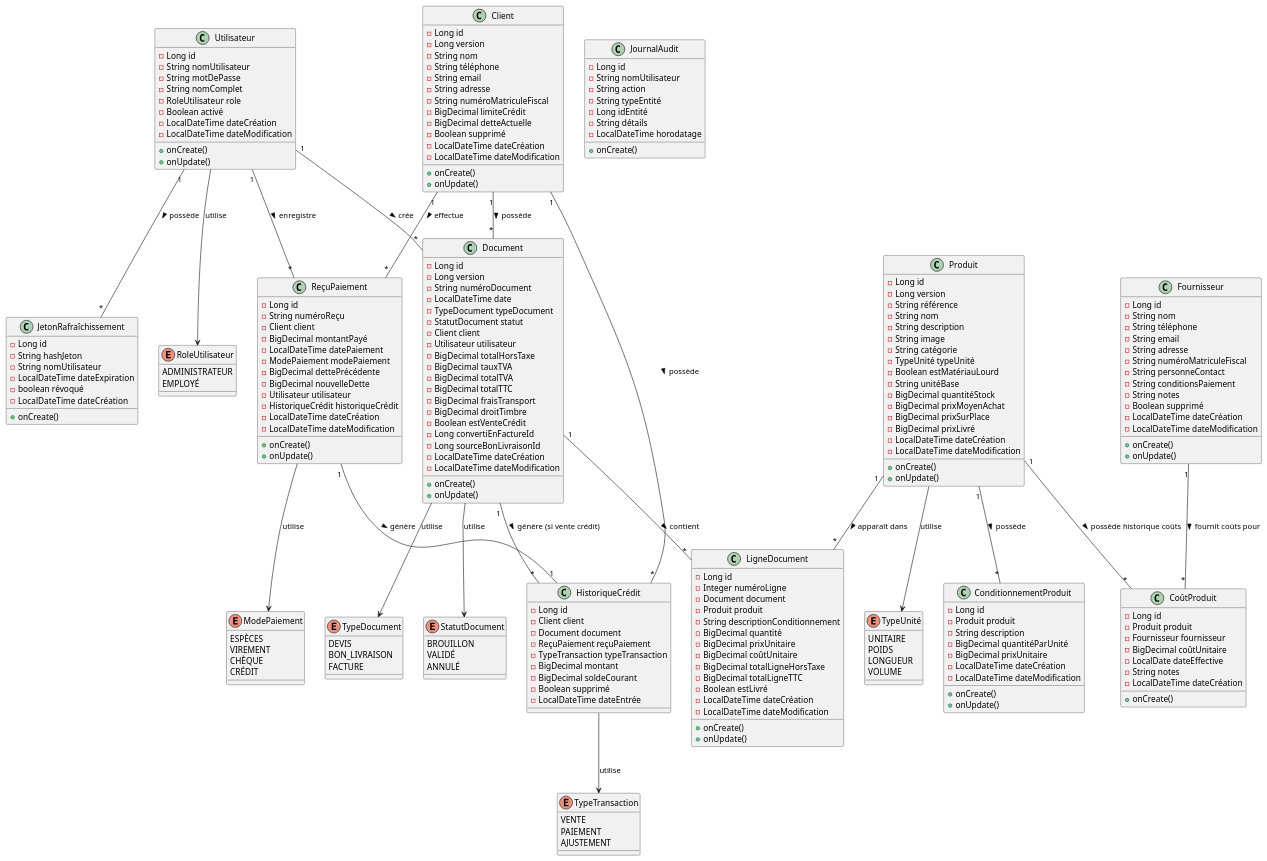
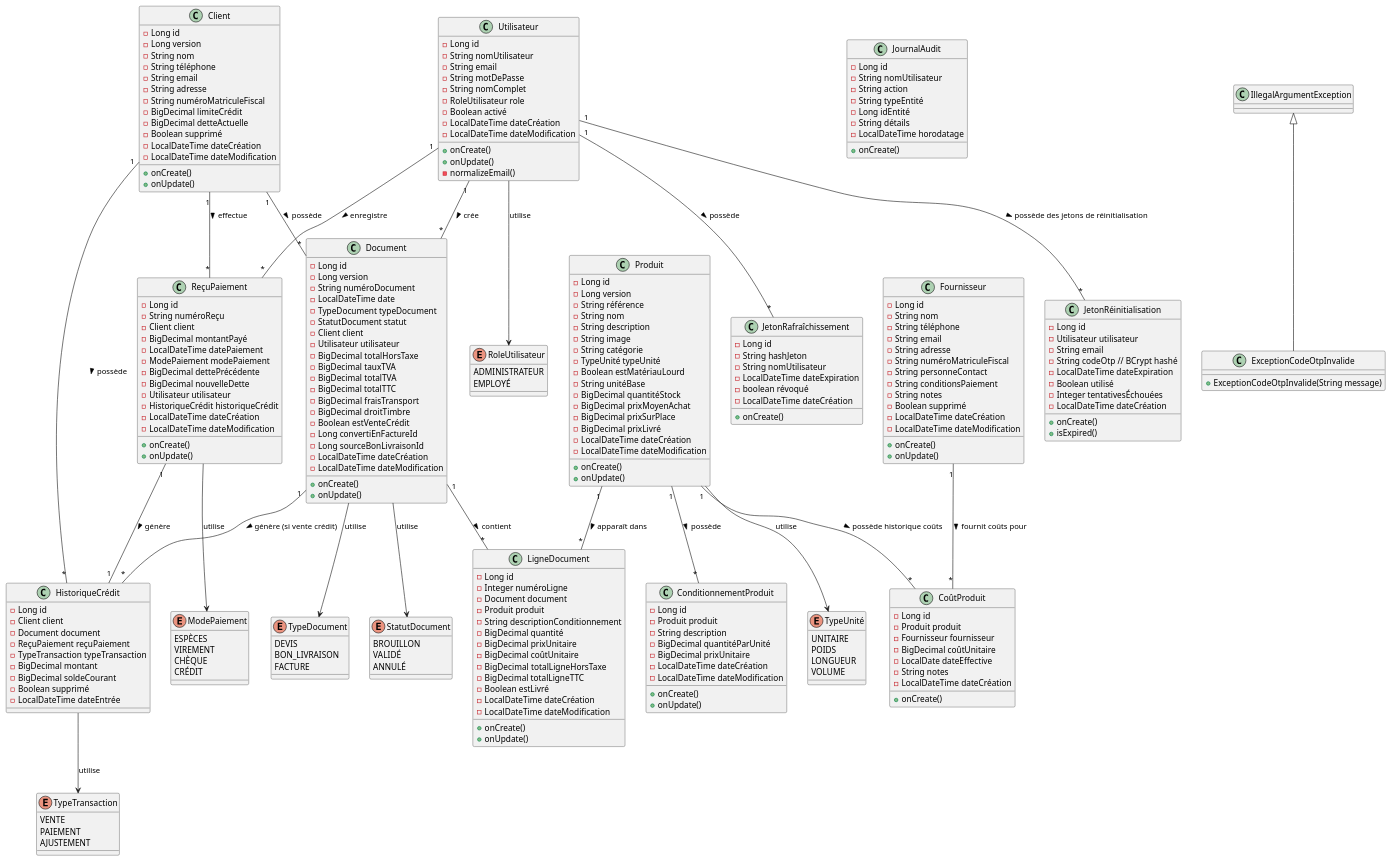
Before and after one commit to mAmineChniti/hardware_store: the diagram in docs/uml/class-diagram-fr.puml, drawn with PlantUML. The commit also changed 39 other files, not shown here.

```diff
--- a/docs/uml/class-diagram-fr.puml
+++ b/docs/uml/class-diagram-fr.puml
@@ -51,6 +51,7 @@
 class Utilisateur {
   - Long id
   - String nomUtilisateur
+  - String email
   - String motDePasse
   - String nomComplet
   - RoleUtilisateur role
@@ -59,6 +60,7 @@
   - LocalDateTime dateModification
   + onCreate()
   + onUpdate()
+  - normalizeEmail()
 }
 
 class Client {
@@ -231,6 +233,23 @@
   + onCreate()
 }
 
+class JetonRéinitialisation {
+  - Long id
+  - Utilisateur utilisateur
+  - String email
+  - String codeOtp // BCrypt hashé
+  - LocalDateTime dateExpiration
+  - Boolean utilisé
+  - Integer tentativesÉchouées
+  - LocalDateTime dateCréation
+  + onCreate()
+  + isExpired()
+}
+
+class ExceptionCodeOtpInvalide extends IllegalArgumentException {
+  + ExceptionCodeOtpInvalide(String message)
+}
+
 ' ============================================
 ' RELATIONS
 ' ============================================
@@ -247,6 +266,7 @@
 Utilisateur "1" -- "*" Document : crée >
 Utilisateur "1" -- "*" ReçuPaiement : enregistre >
 Utilisateur "1" -- "*" JetonRafraîchissement : possède >
+Utilisateur "1" -- "*" JetonRéinitialisation : possède des jetons de réinitialisation >
 
 Client "1" -- "*" Document : possède >
 Client "1" -- "*" ReçuPaiement : effectue >
```
